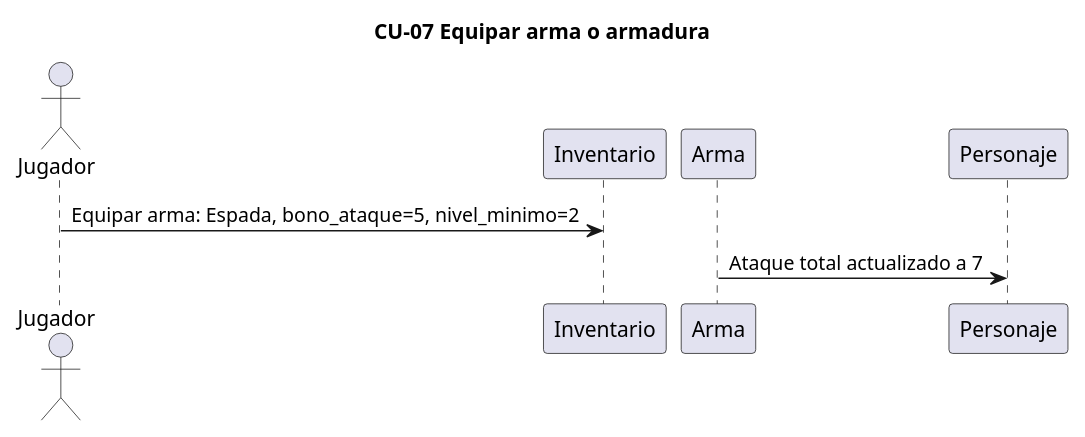
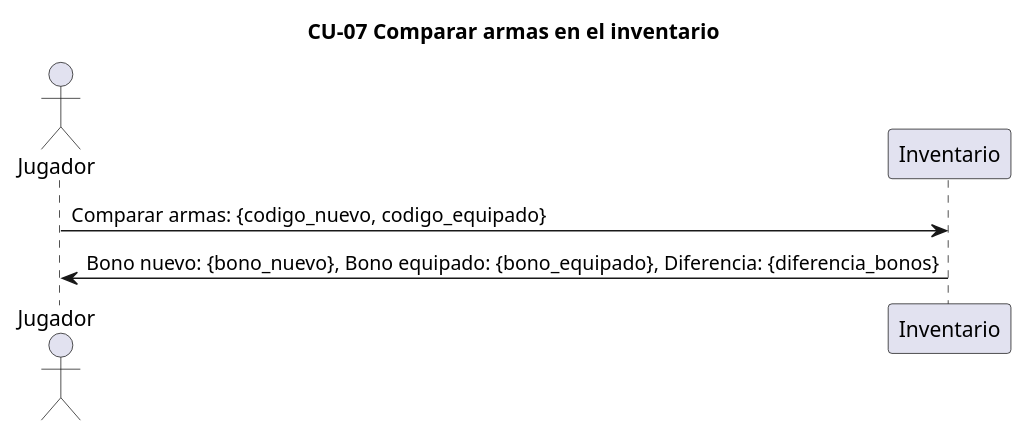
The diagram in salida/diagramas/04_secuencia_CU-07.puml (Samuel-uxn/analisis-final-g02), drawn with PlantUML before and after one commit. The commit also changed 21 other files, not shown here.

```diff
--- a/salida/diagramas/04_secuencia_CU-07.puml
+++ b/salida/diagramas/04_secuencia_CU-07.puml
@@ -1,11 +1,9 @@
 @startuml
 ' Generado por spec2code. Es una PROPUESTA del pipeline: audítala contra la spec.
-title CU-07 Equipar arma o armadura
+title CU-07 Comparar armas en el inventario
 actor "Jugador" as P1
 participant "Inventario" as P2
-participant "Arma" as P3
-participant "Personaje" as P4
 
-P1 -> P2 : Equipar arma: Espada, bono_ataque=5, nivel_minimo=2
-P3 -> P4 : Ataque total actualizado a 7
+P1 -> P2 : Comparar armas: {codigo_nuevo, codigo_equipado}
+P2 -> P1 : Bono nuevo: {bono_nuevo}, Bono equipado: {bono_equipado}, Diferencia: {diferencia_bonos}
 @enduml
```
